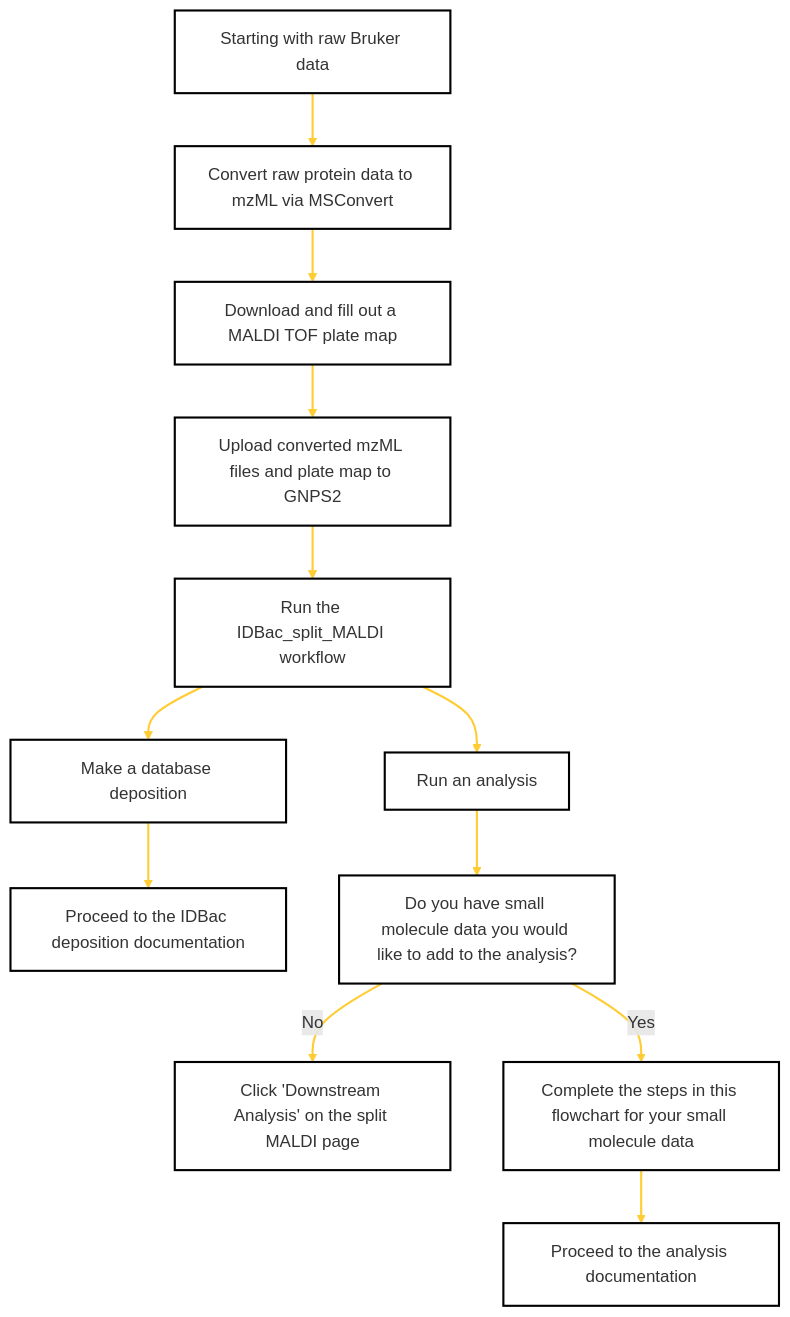
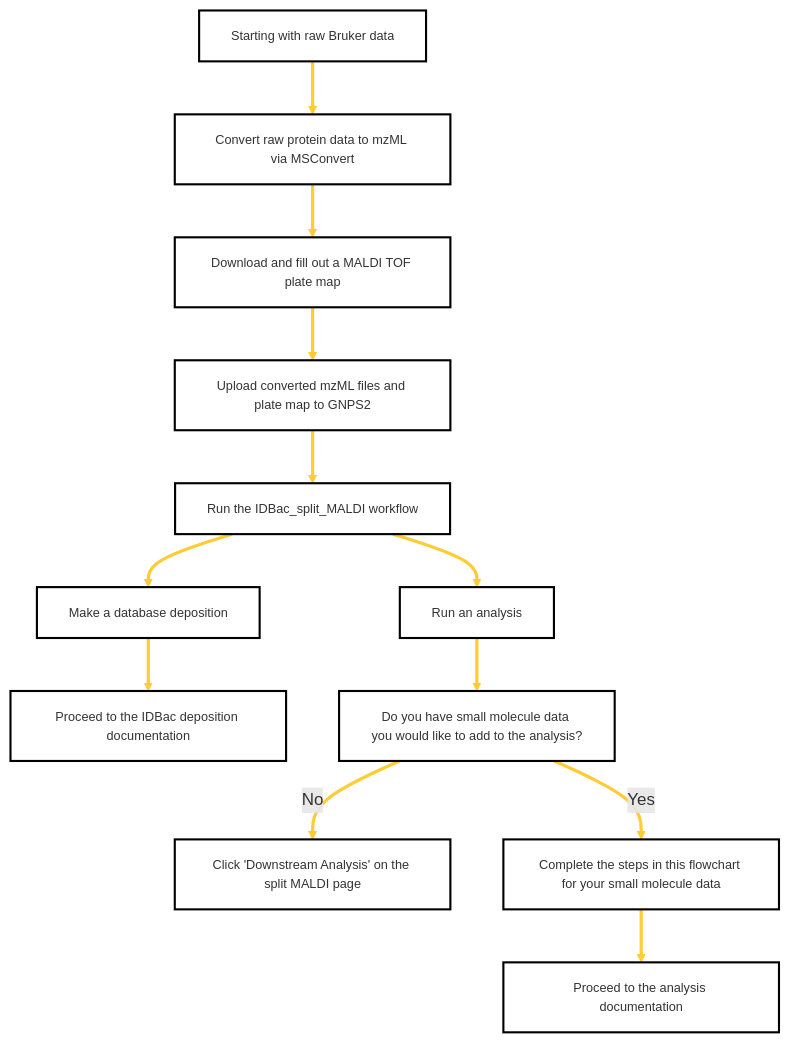
One commit to Wang-Bioinformatics-Lab/GNPS2_Documentation changed the diagram in docs/idbac-brukerstart-here.md. Above: the diagram before and after it, drawn with Mermaid.

````diff
--- a/docs/idbac-brukerstart-here.md
+++ b/docs/idbac-brukerstart-here.md
@@ -10,52 +10,52 @@
 ```mermaid
 flowchart TD
     A[Starting with raw Bruker data] --> B[Convert raw protein data to mzML via MSConvert]
     B --> C[Download and fill out a MALDI TOF plate map]
     C --> D[Upload converted mzML files and plate map to GNPS2]
     D --> E[Run the IDBac_split_MALDI workflow]
     E --> F[Make a database deposition]
     F --> G[Proceed to the IDBac deposition documentation]
     E --> H[Run an analysis]
     H --> I[Do you have small molecule data you would like to add to the analysis?]
     I --> |No| J[Click 'Downstream Analysis' on the split MALDI page]
     I --> |Yes| K[Complete the steps in this flowchart for your small molecule data]
     K --> L[Proceed to the analysis documentation]
     
     click B href "https://proteowizard.sourceforge.io/"
     click C href "https://docs.google.com/spreadsheets/d/1ihFy6lQyJtWy9fp46ahMPWk7xLp2tJ3q/edit?usp=sharing&ouid=102573514213912402103&rtpof=true&sd=true"
     click D href "https://gnps2.org/homepage"
     click E href "https://gnps2.org/workflowinput?workflowname=idbac_split_maldi_workflow"
     click G href "https://wang-bioinformatics-lab.github.io/GNPS2_Documentation/idbacdepositions/)"
     click L href "https://wang-bioinformatics-lab.github.io/GNPS2_Documentation/idbacsumbmitdata/"
 
  %% Styling
-    style A fill:#FFFFFF,stroke:#000000,stroke-width:2px
-    style B fill:#FFFFFF,stroke:#000000,stroke-width:2px
-    style C fill:#FFFFFF,stroke:#000000,stroke-width:2px
-    style D fill:#FFFFFF,stroke:#000000,stroke-width:2px
-    style E fill:#FFFFFF,stroke:#000000,stroke-width:2px
-    style F fill:#FFFFFF,stroke:#000000,stroke-width:2px
-    style G fill:#FFFFFF,stroke:#000000,stroke-width:2px
-    style H fill:#FFFFFF,stroke:#000000,stroke-width:2px
-    style I fill:#FFFFFF,stroke:#000000,stroke-width:2px
-    style J fill:#FFFFFF,stroke:#000000,stroke-width:2px
-    style K fill:#FFFFFF,stroke:#000000,stroke-width:2px
-    style L fill:#FFFFFF,stroke:#000000,stroke-width:2px
+    style A fill:#FFFFFF,stroke:#000000,stroke-width:2px,font-size:12px
+    style B fill:#FFFFFF,stroke:#000000,stroke-width:2px,font-size:12px
+    style C fill:#FFFFFF,stroke:#000000,stroke-width:2px,font-size:12px
+    style D fill:#FFFFFF,stroke:#000000,stroke-width:2px,font-size:12px
+    style E fill:#FFFFFF,stroke:#000000,stroke-width:2px,font-size:12px
+    style F fill:#FFFFFF,stroke:#000000,stroke-width:2px,font-size:12px
+    style G fill:#FFFFFF,stroke:#000000,stroke-width:2px,font-size:12px
+    style H fill:#FFFFFF,stroke:#000000,stroke-width:2px,font-size:12px
+    style I fill:#FFFFFF,stroke:#000000,stroke-width:2px,font-size:12px
+    style J fill:#FFFFFF,stroke:#000000,stroke-width:2px,font-size:12px
+    style K fill:#FFFFFF,stroke:#000000,stroke-width:2px,font-size:12px
+    style L fill:#FFFFFF,stroke:#000000,stroke-width:2px,font-size:12px
     
    
 
 %% Link Styling
-    linkStyle 0 stroke:#ffcc33,stroke-width:2px
-    linkStyle 1 stroke:#ffcc33,stroke-width:2px
-    linkStyle 2 stroke:#ffcc33,stroke-width:2px
-    linkStyle 3 stroke:#ffcc33,stroke-width:2px
-    linkStyle 4 stroke:#ffcc33,stroke-width:2px
-    linkStyle 5 stroke:#ffcc33,stroke-width:2px
-    linkStyle 6 stroke:#ffcc33,stroke-width:2px
-    linkStyle 7 stroke:#ffcc33,stroke-width:2px
-    linkStyle 8 stroke:#ffcc33,stroke-width:2px
-    linkStyle 9 stroke:#ffcc33,stroke-width:2px
-    linkStyle 10 stroke:#ffcc33,stroke-width:2px
+    linkStyle 0 stroke:#ffcc33,stroke-width:3px
+    linkStyle 1 stroke:#ffcc33,stroke-width:3px
+    linkStyle 2 stroke:#ffcc33,stroke-width:3px
+    linkStyle 3 stroke:#ffcc33,stroke-width:3px
+    linkStyle 4 stroke:#ffcc33,stroke-width:3px
+    linkStyle 5 stroke:#ffcc33,stroke-width:3px
+    linkStyle 6 stroke:#ffcc33,stroke-width:3px
+    linkStyle 7 stroke:#ffcc33,stroke-width:3px
+    linkStyle 8 stroke:#ffcc33,stroke-width:3px
+    linkStyle 9 stroke:#ffcc33,stroke-width:3px
+    linkStyle 10 stroke:#ffcc33,stroke-width:3px
     
 
 ```
````
